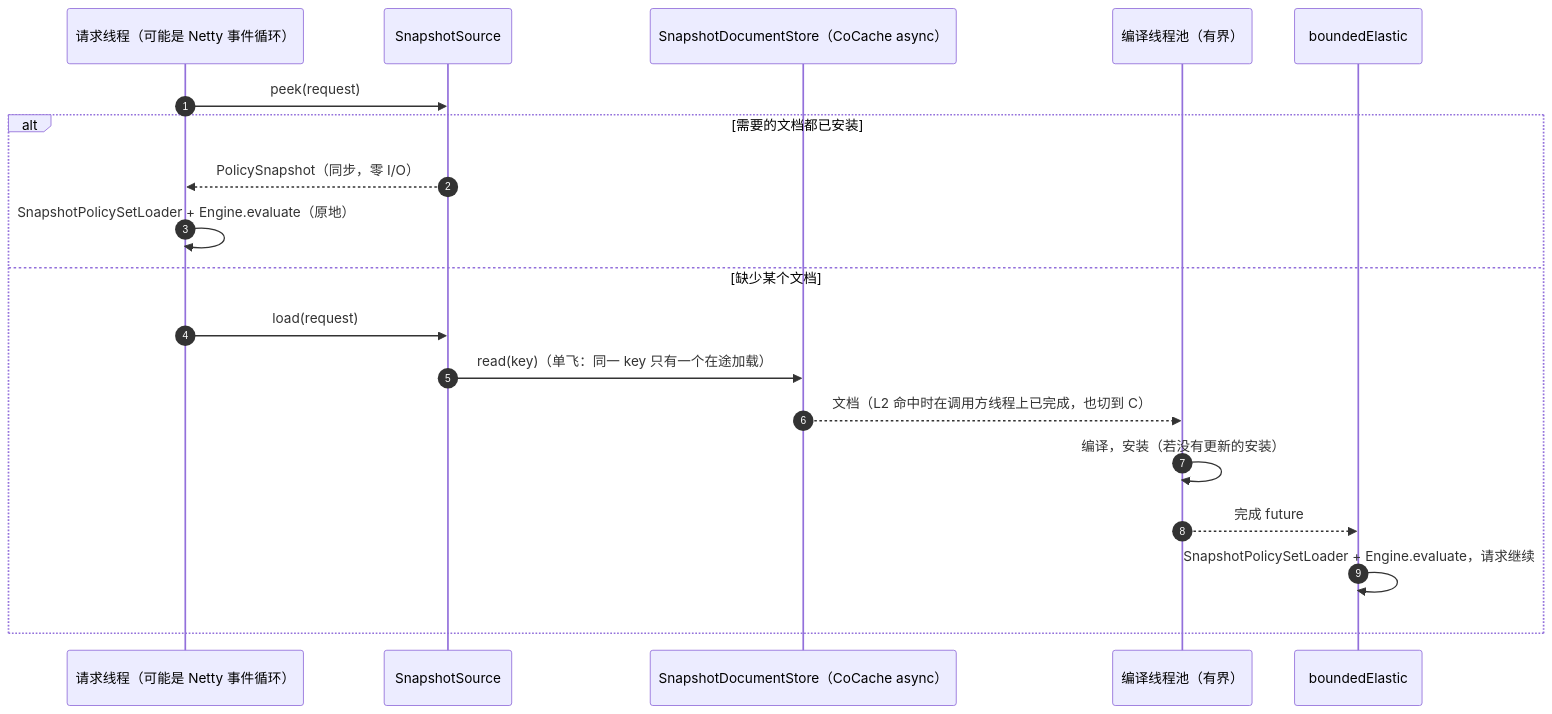
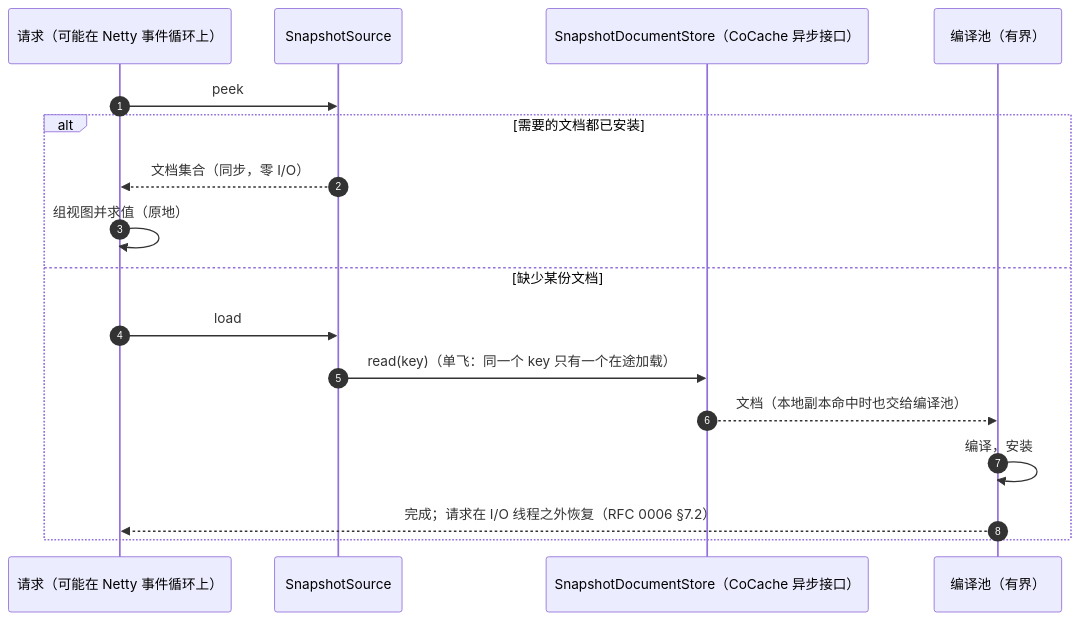
Before and after one commit to Ahoo-Wang/CoSec: the diagram in docs/rfc/0003-policy-snapshot.md, drawn with Mermaid. The commit also changed other lines of this file and 1 other file, not shown here.

First line of the commit message:
docs(rfc): RFC 0003 consolidated with its amendments (#1900)

````diff
--- a/docs/rfc/0003-policy-snapshot.md
+++ b/docs/rfc/0003-policy-snapshot.md
@@ -441,21 +332,19 @@
 ```mermaid
 sequenceDiagram
     autonumber
-    participant R as 请求线程（可能是 Netty 事件循环）
+    participant R as 请求（可能在 Netty 事件循环上）
     participant S as SnapshotSource
-    participant D as SnapshotDocumentStore（CoCache async）
-    participant C as 编译线程池（有界）
-    participant B as boundedElastic
-    R->>S: peek(request)
+    participant D as SnapshotDocumentStore（CoCache 异步接口）
+    participant C as 编译池（有界）
+    R->>S: peek
     alt 需要的文档都已安装
-        S-->>R: PolicySnapshot（同步，零 I/O）
-        R->>R: SnapshotPolicySetLoader + Engine.evaluate（原地）
-    else 缺少某个文档
-        R->>S: load(request)
-        S->>D: read(key)（单飞：同一 key 只有一个在途加载）
-        D-->>C: 文档（L2 命中时在调用方线程上已完成，也切到 C）
-        C->>C: 编译，安装（若没有更新的安装）
-        C-->>B: 完成 future
-        B->>B: SnapshotPolicySetLoader + Engine.evaluate，请求继续
+        S-->>R: 文档集合（同步，零 I/O）
+        R->>R: 组视图并求值（原地）
+    else 缺少某份文档
+        R->>S: load
+        S->>D: read(key)（单飞：同一个 key 只有一个在途加载）
+        D-->>C: 文档（本地副本命中时也交给编译池）
+        C->>C: 编译，安装
+        C-->>R: 完成；请求在 I/O 线程之外恢复（RFC 0006 §7.2）
     end
 ```
````
